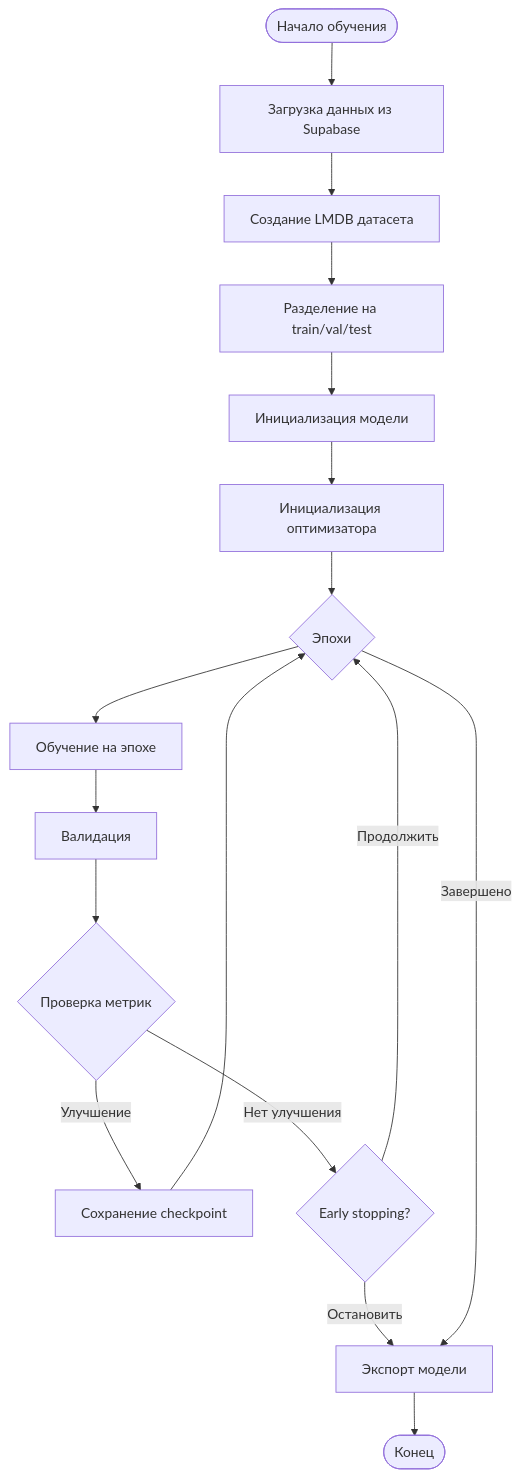
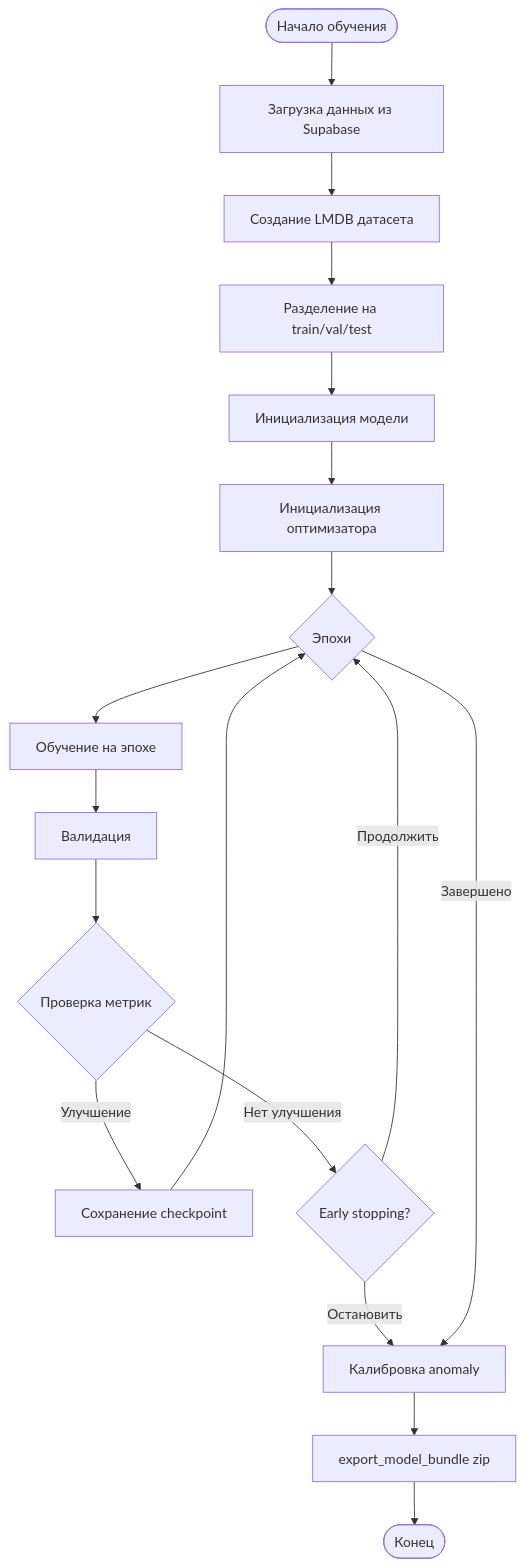
Before and after one commit to chisCake/your-signature-ai: the diagram in docs/training/TRAINING_PROCESS.md, drawn with Mermaid. The commit also changed other lines of this file and 39 other files, not shown here.

Commit message:
feat: детектор аномалий Mahalanobis, экспорт bundle (NAME), docs и UI

````diff
--- a/docs/training/TRAINING_PROCESS.md
+++ b/docs/training/TRAINING_PROCESS.md
@@ -9,19 +9,20 @@
 ```mermaid
 flowchart TD
     Start([Начало обучения]) --> LoadData[Загрузка данных из Supabase]
     LoadData --> CreateDataset[Создание LMDB датасета]
     CreateDataset --> SplitData[Разделение на train/val/test]
     SplitData --> InitModel[Инициализация модели]
     InitModel --> InitOptimizer[Инициализация оптимизатора]
     InitOptimizer --> EpochLoop{Эпохи}
     EpochLoop --> TrainEpoch[Обучение на эпохе]
     TrainEpoch --> Validate[Валидация]
     Validate --> CheckMetrics{Проверка метрик}
     CheckMetrics -->|Улучшение| SaveCheckpoint[Сохранение checkpoint]
     CheckMetrics -->|Нет улучшения| EarlyStop{Early stopping?}
     SaveCheckpoint --> EpochLoop
     EarlyStop -->|Продолжить| EpochLoop
-    EarlyStop -->|Остановить| ExportModel[Экспорт модели]
-    EpochLoop -->|Завершено| ExportModel
+    EarlyStop -->|Остановить| Anomaly[Калибровка anomaly]
+    EpochLoop -->|Завершено| Anomaly
+    Anomaly --> ExportModel[export_model_bundle zip]
     ExportModel --> End([Конец])
 ```
````
